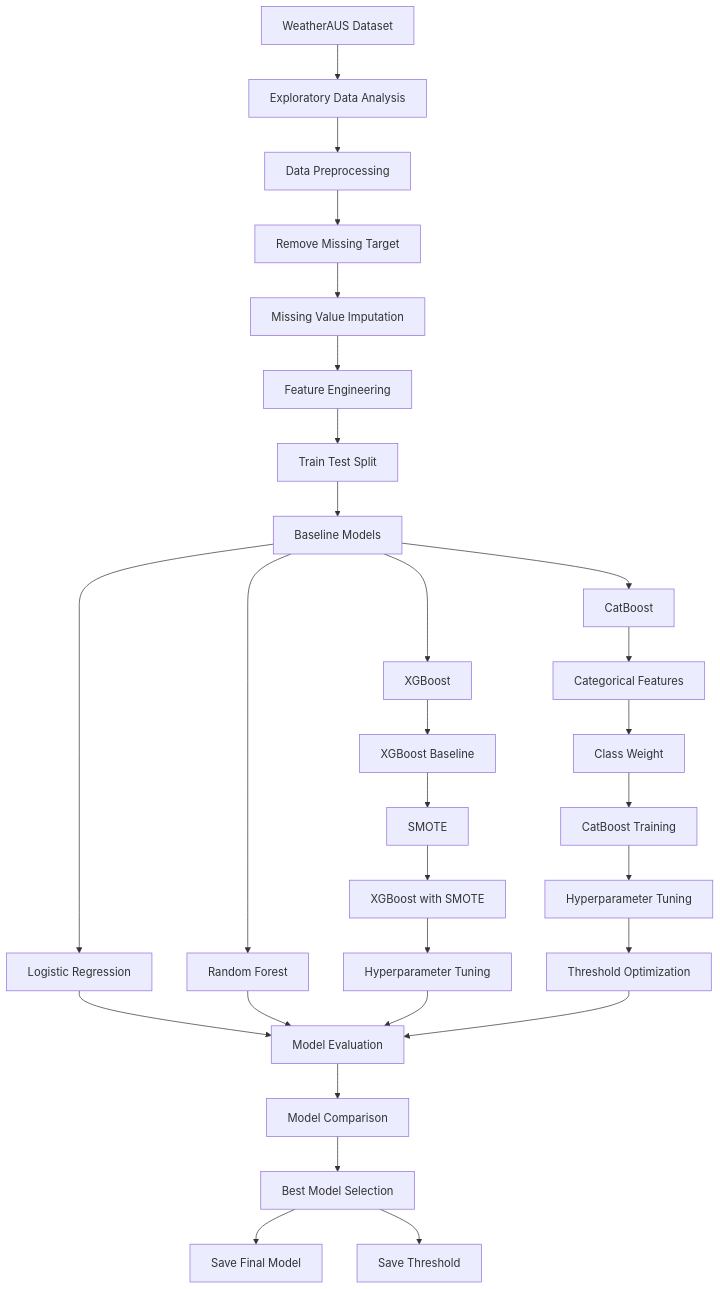
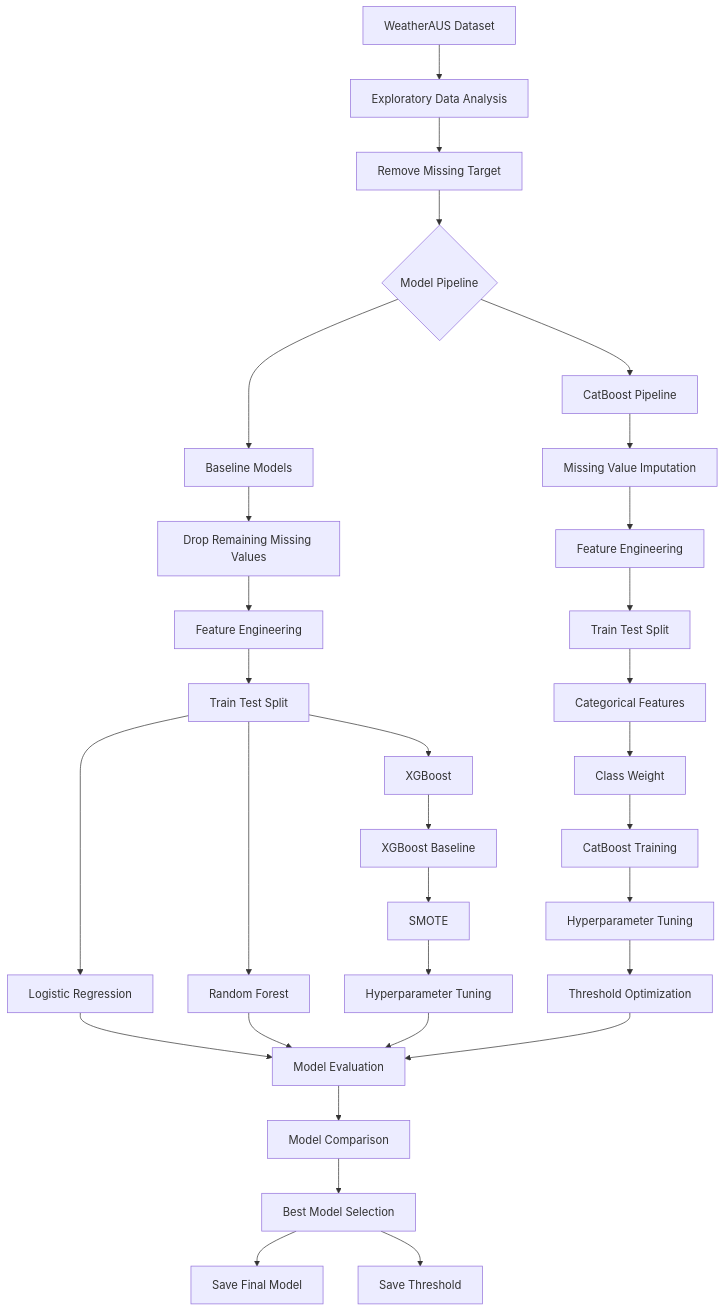
One commit to RandiBro234/AustraliaRainPrediction changed the diagram in README.md. Above: the diagram before and after it, drawn with Mermaid.

````diff
--- a/README.md
+++ b/README.md
@@ -11,40 +11,58 @@
 ```mermaid
 flowchart TD
 
 A[WeatherAUS Dataset] --> B[Exploratory Data Analysis]
-B --> C[Data Preprocessing]
 
-C --> C1[Remove Missing Target]
-C1 --> C2[Missing Value Imputation]
-C2 --> C3[Feature Engineering]
-C3 --> C4[Train Test Split]
+B --> C[Remove Missing Target]
 
-C4 --> D[Baseline Models]
+C --> D{Model Pipeline}
 
-D --> LR[Logistic Regression]
-D --> RF[Random Forest]
-D --> XGB[XGBoost]
-D --> CAT[CatBoost]
+%% ===========================
+%% Baseline Models
+%% ===========================
+
+D --> E1[Baseline Models]
+
+E1 --> F1[Drop Remaining Missing Values]
+F1 --> F2[Feature Engineering]
+F2 --> F3[Train Test Split]
+
+F3 --> LR[Logistic Regression]
+F3 --> RF[Random Forest]
+F3 --> XGB[XGBoost]
 
 XGB --> X1[XGBoost Baseline]
 X1 --> X2[SMOTE]
-X2 --> X3[XGBoost with SMOTE]
-X3 --> X4[Hyperparameter Tuning]
+X2 --> X3[Hyperparameter Tuning]
 
-CAT --> Y1[Categorical Features]
-Y1 --> Y2[Class Weight]
-Y2 --> Y3[CatBoost Training]
-Y3 --> Y4[Hyperparameter Tuning]
-Y4 --> Y5[Threshold Optimization]
+%% ===========================
+%% CatBoost Pipeline
+%% ===========================
 
-LR --> E[Model Evaluation]
-RF --> E
-X4 --> E
-Y5 --> E
+D --> G1[CatBoost Pipeline]
 
-E --> F[Model Comparison]
-F --> G[Best Model Selection]
+G1 --> G2[Missing Value Imputation]
+G2 --> G3[Feature Engineering]
+G3 --> G4[Train Test Split]
 
-G --> H[Save Final Model]
-G --> I[Save Threshold]
+G4 --> C1[Categorical Features]
+C1 --> C2[Class Weight]
+C2 --> C3[CatBoost Training]
+C3 --> C4[Hyperparameter Tuning]
+C4 --> C5[Threshold Optimization]
+
+%% ===========================
+%% Evaluation
+%% ===========================
+
+LR --> H[Model Evaluation]
+RF --> H
+X3 --> H
+C5 --> H
+
+H --> I[Model Comparison]
+I --> J[Best Model Selection]
+
+J --> K[Save Final Model]
+J --> L[Save Threshold]
 ```
````
